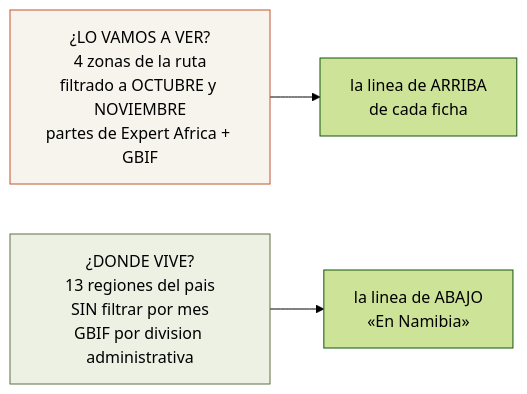
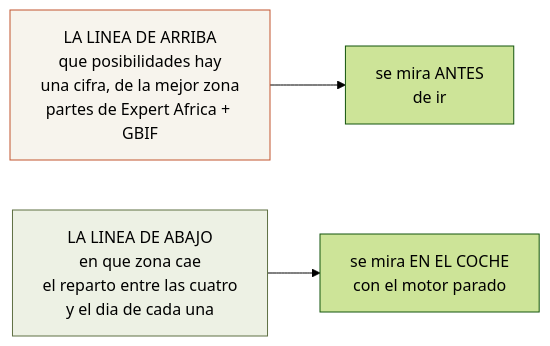
One commit to morandeirachema/namibia changed the second of 2 diagrams in 09-fauna-namibia.md. Above: the diagram before and after it, drawn with Mermaid (forest theme). The commit also changed other lines of this file and 54 other files, not shown here.

````diff
--- a/09-fauna-namibia.md
+++ b/09-fauna-namibia.md
@@ -107,8 +115,8 @@
 ```mermaid
 flowchart LR
 %% ancho
-    A["¿LO VAMOS A VER?<br/>4 zonas de la ruta<br/>filtrado a OCTUBRE y NOVIEMBRE<br/>partes de Expert Africa + GBIF"] --> A1["la linea de ARRIBA<br/>de cada ficha"]
-    B["¿DONDE VIVE?<br/>13 regiones del pais<br/>SIN filtrar por mes<br/>GBIF por division administrativa"] --> B1["la linea de ABAJO<br/>«En Namibia»"]
+    A["LA LINEA DE ARRIBA<br/>que posibilidades hay<br/>una cifra, de la mejor zona<br/>partes de Expert Africa + GBIF"] --> A1["se mira ANTES<br/>de ir"]
+    B["LA LINEA DE ABAJO<br/>en que zona cae<br/>el reparto entre las cuatro<br/>y el dia de cada una"] --> B1["se mira EN EL COCHE<br/>con el motor parado"]
     style A fill:#F7F4ED,stroke:#C2542F
     style B fill:#EDF1E4,stroke:#5F7043
 ```
````
